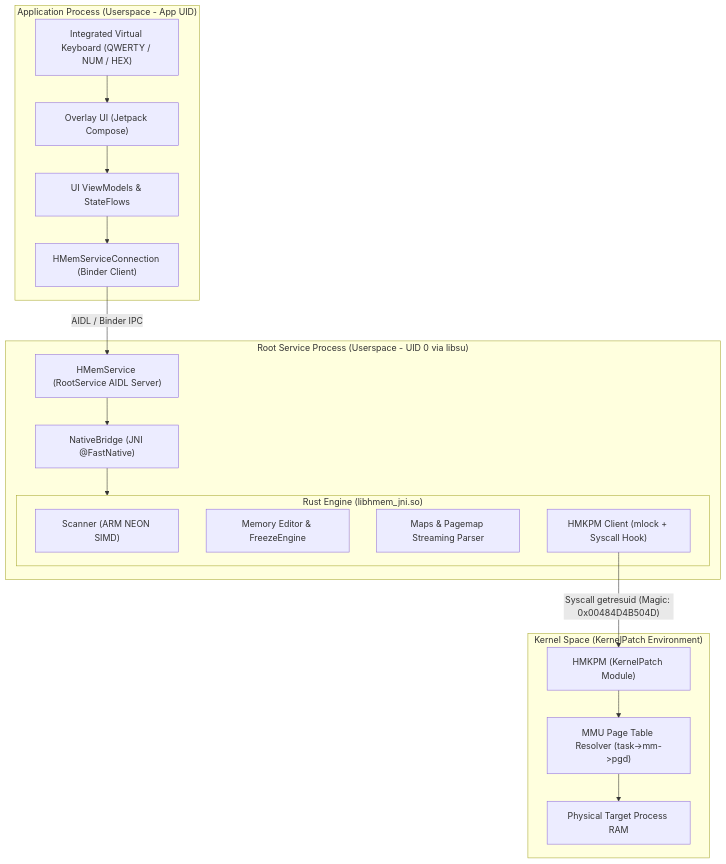
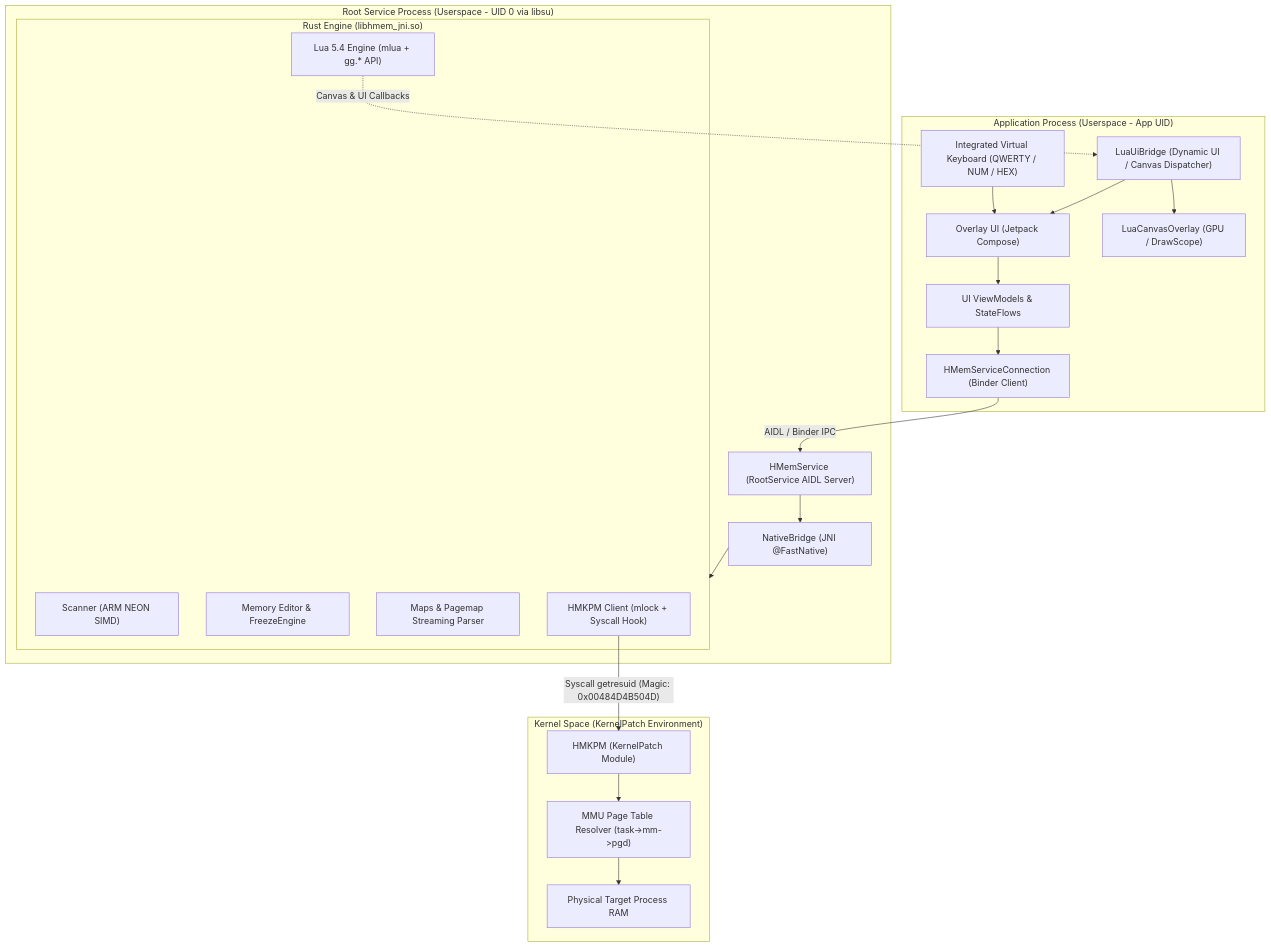
The diagram in docs/architecture.md (Yervant7/HuntMemory), drawn with Mermaid before and after one commit. The commit also changed other lines of this file and 425 other files, not shown here.

````diff
--- a/docs/architecture.md
+++ b/docs/architecture.md
@@ -11,36 +11,42 @@
 ```mermaid
 graph TD
     subgraph App_Domain ["Application Process (Userspace - App UID)"]
         UI["Overlay UI (Jetpack Compose)"]
         VK["Integrated Virtual Keyboard (QWERTY / NUM / HEX)"]
+        Canvas_UI["LuaCanvasOverlay (GPU / DrawScope)"]
         VM["UI ViewModels & StateFlows"]
+        Bridge["LuaUiBridge (Dynamic UI / Canvas Dispatcher)"]
         IPC_Client["HMemServiceConnection (Binder Client)"]
     end
 
     subgraph Root_Domain ["Root Service Process (Userspace - UID 0 via libsu)"]
         RS["HMemService (RootService AIDL Server)"]
         NB["NativeBridge (JNI @FastNative)"]
         subgraph Rust_Engine ["Rust Engine (libhmem_jni.so)"]
             SCAN["Scanner (ARM NEON SIMD)"]
             EDIT["Memory Editor & FreezeEngine"]
+            SCRIPT["Lua 5.4 Engine (mlua + gg.* API)"]
             MAPS["Maps & Pagemap Streaming Parser"]
             KPMC["HMKPM Client (mlock + Syscall Hook)"]
         end
     end
 
     subgraph Kernel_Domain ["Kernel Space (KernelPatch Environment)"]
         KPM["HMKPM (KernelPatch Module)"]
         PGD["MMU Page Table Resolver (task->mm->pgd)"]
         PHYS_MEM["Physical Target Process RAM"]
     end
 
     UI --> VM
     VK --> UI
     VM --> IPC_Client
     IPC_Client -- "AIDL / Binder IPC" --> RS
     RS --> NB
     NB --> Rust_Engine
+    SCRIPT -. "Canvas & UI Callbacks" .-> Bridge
+    Bridge --> Canvas_UI
+    Bridge --> UI
     KPMC -- "Syscall getresuid (Magic: 0x00484D4B504D)" --> KPM
     KPM --> PGD
     PGD --> PHYS_MEM
 ```
````
